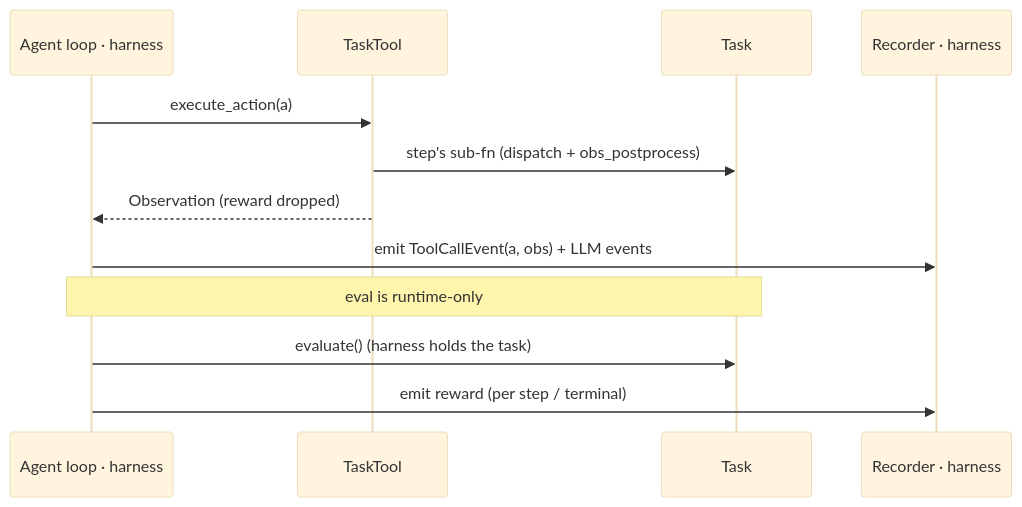
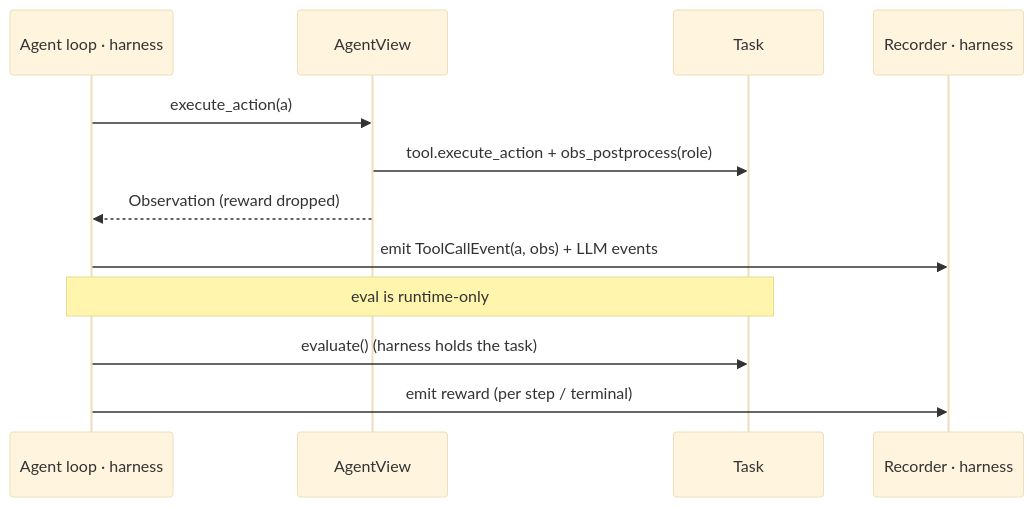
One commit to The-AI-Alliance/cube-standard changed the first of 2 diagrams in openspec/changes/streamable-task/proposal.md. Above: the diagram before and after it, drawn with Mermaid (base theme). The commit also changed other lines of this file and 9 other files, not shown here.

First line of the commit message:
docs: sync specs + new-cube skill to the streamable-task + unified-Tool contract

````diff
--- a/openspec/changes/streamable-task/proposal.md
+++ b/openspec/changes/streamable-task/proposal.md
@@ -102,14 +123,14 @@
 ```mermaid
 sequenceDiagram
   participant Ag as Agent loop · harness
-  participant TT as TaskTool
+  participant AV as AgentView
   participant Tk as Task
   participant Rec as Recorder · harness
-  Ag->>TT: execute_action(a)
-  TT->>Tk: step's sub-fn (dispatch + obs_postprocess)
-  TT-->>Ag: Observation (reward dropped)
+  Ag->>AV: execute_action(a)
+  AV->>Tk: tool.execute_action + obs_postprocess(role)
+  AV-->>Ag: Observation (reward dropped)
   Ag->>Rec: emit ToolCallEvent(a, obs) + LLM events
   Note over Ag,Tk: eval is runtime-only
   Ag->>Tk: evaluate()  (harness holds the task)
   Ag->>Rec: emit reward (per step / terminal)
 ```
````
